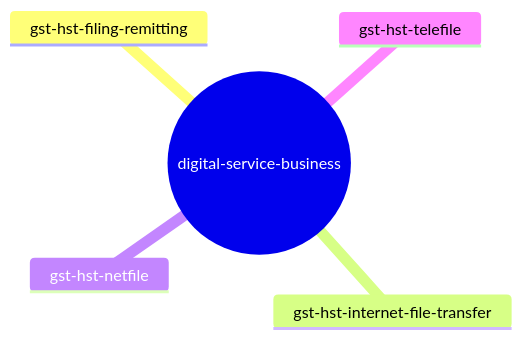
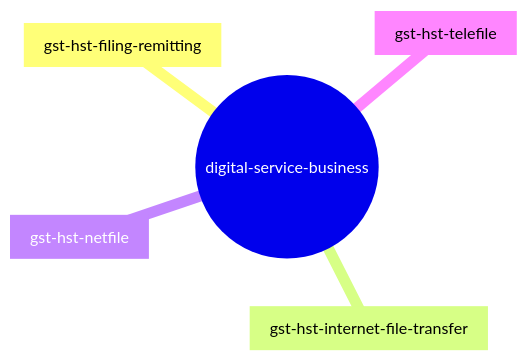
One commit to cra-proto/gst-hst-business changed the second of 2 diagrams in README.md. Above: the diagram before and after it, drawn with Mermaid. The commit also changed other lines of this file, not shown here.

````diff
--- a/README.md
+++ b/README.md
@@ -29,8 +40,8 @@
 ```mermaid
 mindmap
   root((digital-service-business))
-    gst-hst-filing-remitting
-    gst-hst-internet-file-transfer
-    gst-hst-netfile
-    gst-hst-telefile
+    [gst-hst-filing-remitting]
+    [gst-hst-internet-file-transfer]
+    [gst-hst-netfile]
+    [gst-hst-telefile]
 ```
````
